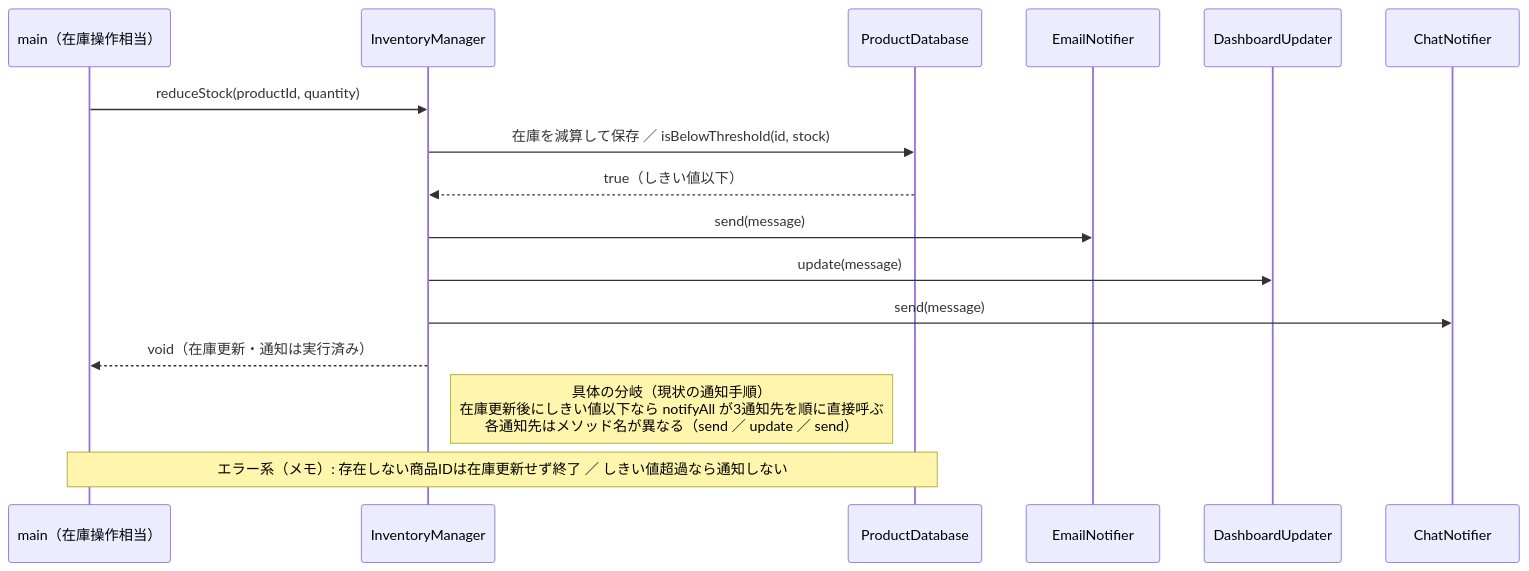
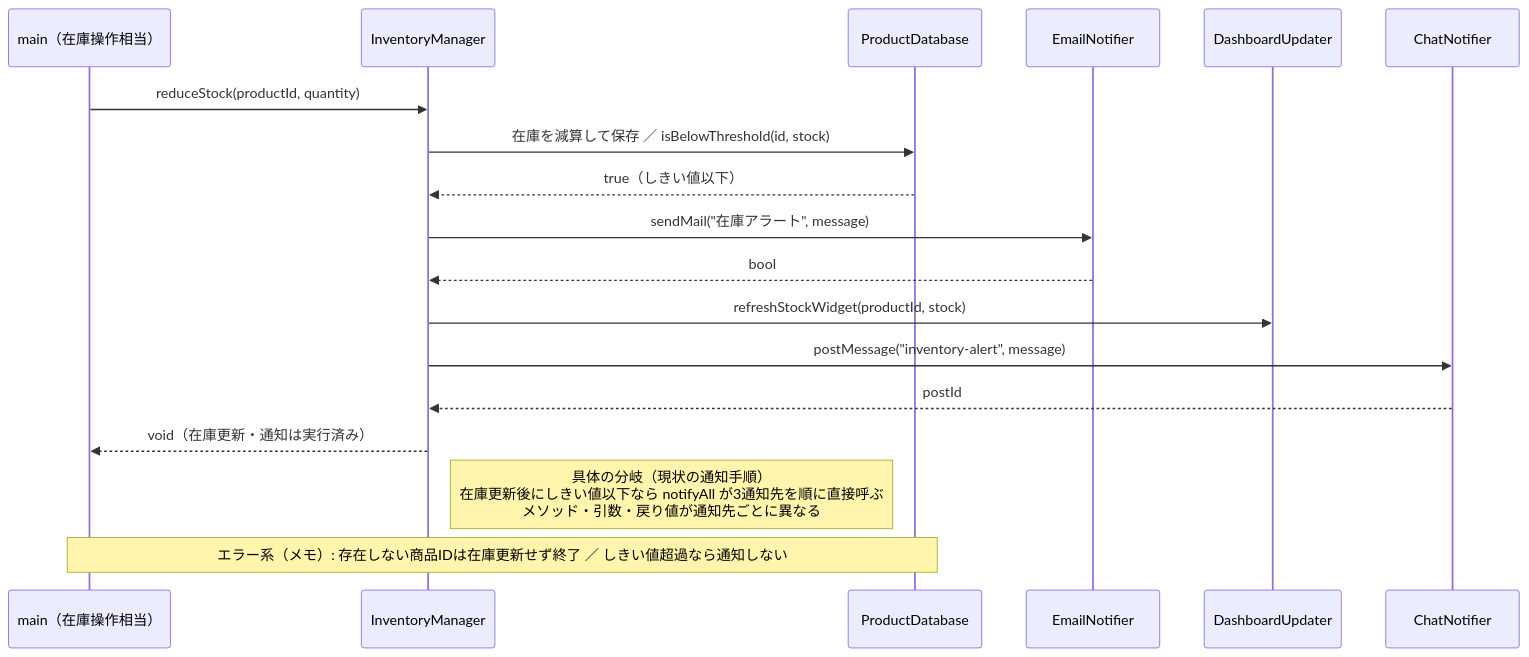
One commit to kumachan1101-pixel/DesignPattern changed the fourth of 15 diagrams in kindle/design-patterns/books/volume01-core-patterns/output/05-chapter03.md. Above: the diagram before and after it, drawn with Mermaid. The commit also changed other lines of this file and 40 other files, not shown here.

````diff
--- a/kindle/design-patterns/books/volume01-core-patterns/output/05-chapter03.md
+++ b/kindle/design-patterns/books/volume01-core-patterns/output/05-chapter03.md
@@ -340,18 +354,20 @@
 ```mermaid
 sequenceDiagram
     participant Main as main（在庫操作相当）
     participant IM as InventoryManager
     participant DB as ProductDatabase
     participant Email as EmailNotifier
     participant Dash as DashboardUpdater
     participant Chat as ChatNotifier
     Main->>IM: reduceStock(productId, quantity)
     IM->>DB: 在庫を減算して保存 ／ isBelowThreshold(id, stock)
     DB-->>IM: true（しきい値以下）
-    IM->>Email: send(message)
-    IM->>Dash: update(message)
-    IM->>Chat: send(message)
+    IM->>Email: sendMail("在庫アラート", message)
+    Email-->>IM: bool
+    IM->>Dash: refreshStockWidget(productId, stock)
+    IM->>Chat: postMessage("inventory-alert", message)
+    Chat-->>IM: postId
     IM-->>Main: void（在庫更新・通知は実行済み）
-    Note right of IM: 具体の分岐（現状の通知手順）<br>在庫更新後にしきい値以下なら notifyAll が3通知先を順に直接呼ぶ<br>各通知先はメソッド名が異なる（send ／ update ／ send）
+    Note right of IM: 具体の分岐（現状の通知手順）<br>在庫更新後にしきい値以下なら notifyAll が3通知先を順に直接呼ぶ<br>メソッド・引数・戻り値が通知先ごとに異なる
     Note over Main,DB: エラー系（メモ）: 存在しない商品IDは在庫更新せず終了 ／ しきい値超過なら通知しない
 ```
````
